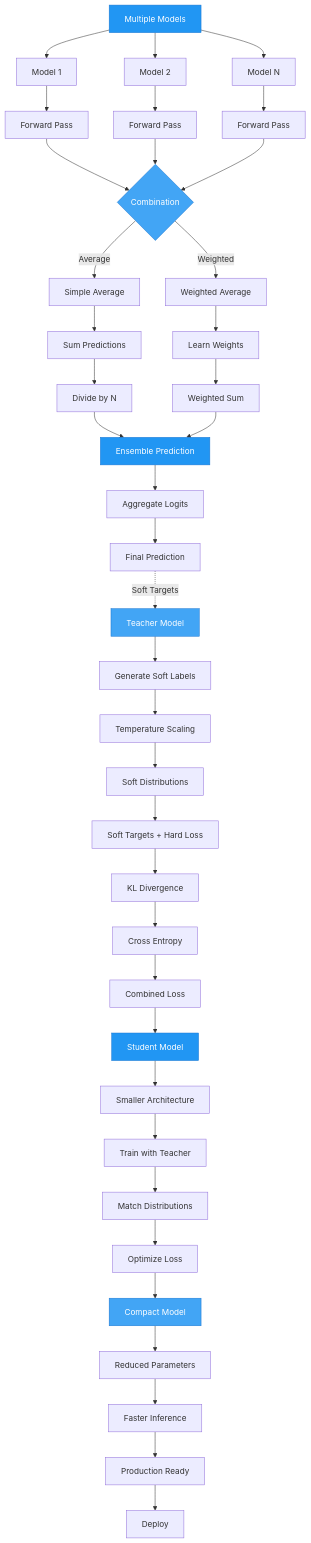
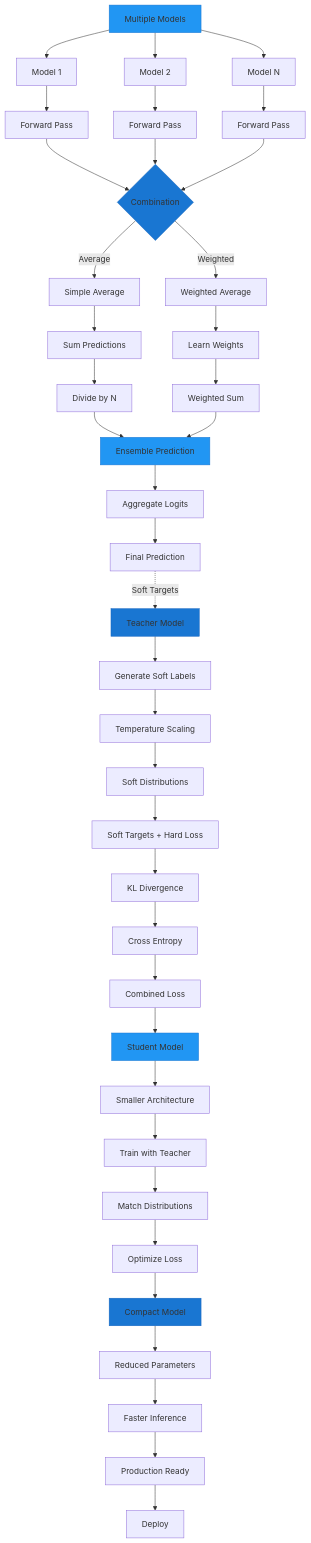
The diagram in docs/examples/integration/hf_ensemble.md (theja-vanka/AutoTimm), drawn with Mermaid before and after one commit. The commit also changed 37 other files, not shown here.

````diff
--- a/docs/examples/integration/hf_ensemble.md
+++ b/docs/examples/integration/hf_ensemble.md
@@ -7,57 +7,57 @@
 ```mermaid
 graph TD
     A[Multiple Models] --> A1[Model 1]
     A --> A2[Model 2]
     A --> A3[Model N]
     
     A1 --> A1a[Forward Pass]
     A2 --> A2a[Forward Pass]
     A3 --> A3a[Forward Pass]
     
     A1a --> B{Combination}
     A2a --> B
     A3a --> B
     
     B -->|Average| C1[Simple Average]
     C1 --> C1a[Sum Predictions]
     C1a --> C1b[Divide by N]
     
     B -->|Weighted| C2[Weighted Average]
     C2 --> C2a[Learn Weights]
     C2a --> C2b[Weighted Sum]
     
     C1b --> C[Ensemble Prediction]
     C2b --> C
     
     C --> C3[Aggregate Logits]
     C3 --> C4[Final Prediction]
     C4 -."Soft Targets".-> D[Teacher Model]
     
     D --> D1[Generate Soft Labels]
     D1 --> D2[Temperature Scaling]
     D2 --> D3[Soft Distributions]
     D3 --> E[Soft Targets + Hard Loss]
     
     E --> E1[KL Divergence]
     E1 --> E2[Cross Entropy]
     E2 --> E3[Combined Loss]
     E3 --> F[Student Model]
     
     F --> F1[Smaller Architecture]
     F1 --> F2[Train with Teacher]
     F2 --> F3[Match Distributions]
     F3 --> F4[Optimize Loss]
     F4 --> G[Compact Model]
     
     G --> G1[Reduced Parameters]
     G1 --> G2[Faster Inference]
     G2 --> G3[Production Ready]
     G3 --> G4[Deploy]
 
-    style A fill:#2196F3,stroke:#1976D2,color:#fff
-    style B fill:#42A5F5,stroke:#1976D2,color:#fff
-    style C fill:#2196F3,stroke:#1976D2,color:#fff
-    style D fill:#42A5F5,stroke:#1976D2,color:#fff
-    style F fill:#2196F3,stroke:#1976D2,color:#fff
-    style G fill:#42A5F5,stroke:#1976D2,color:#fff
+    style A fill:#2196F3,stroke:#1976D2
+    style B fill:#1976D2,stroke:#1565C0
+    style C fill:#2196F3,stroke:#1976D2
+    style D fill:#1976D2,stroke:#1565C0
+    style F fill:#2196F3,stroke:#1976D2
+    style G fill:#1976D2,stroke:#1565C0
 ```
````
